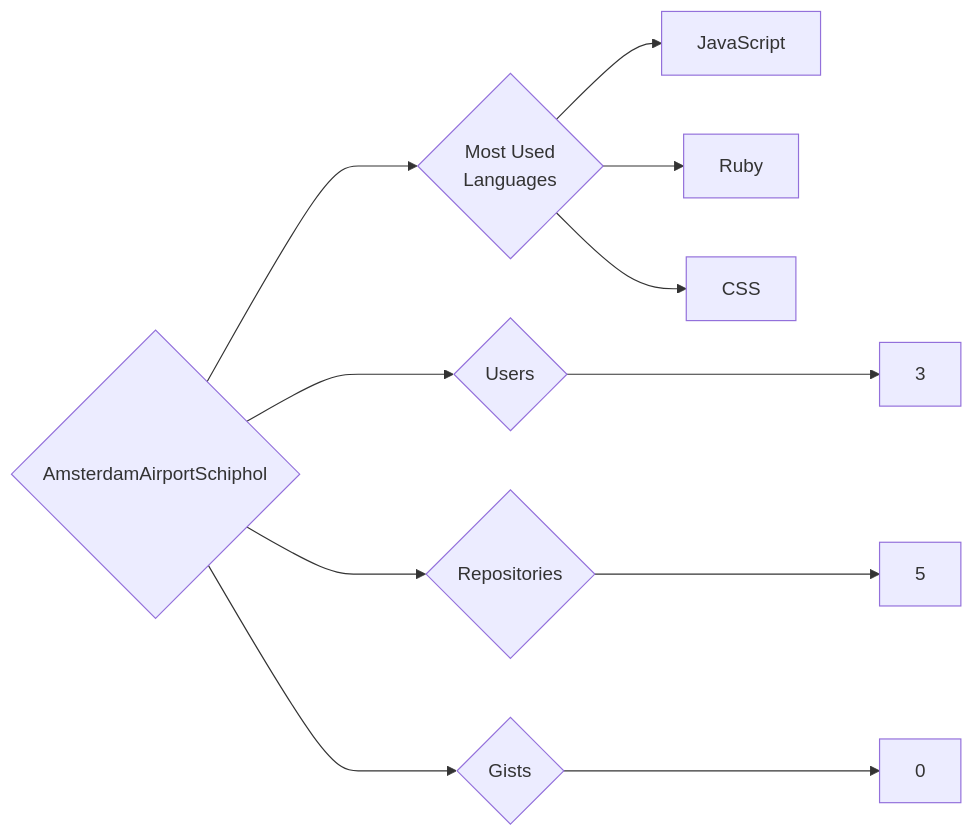
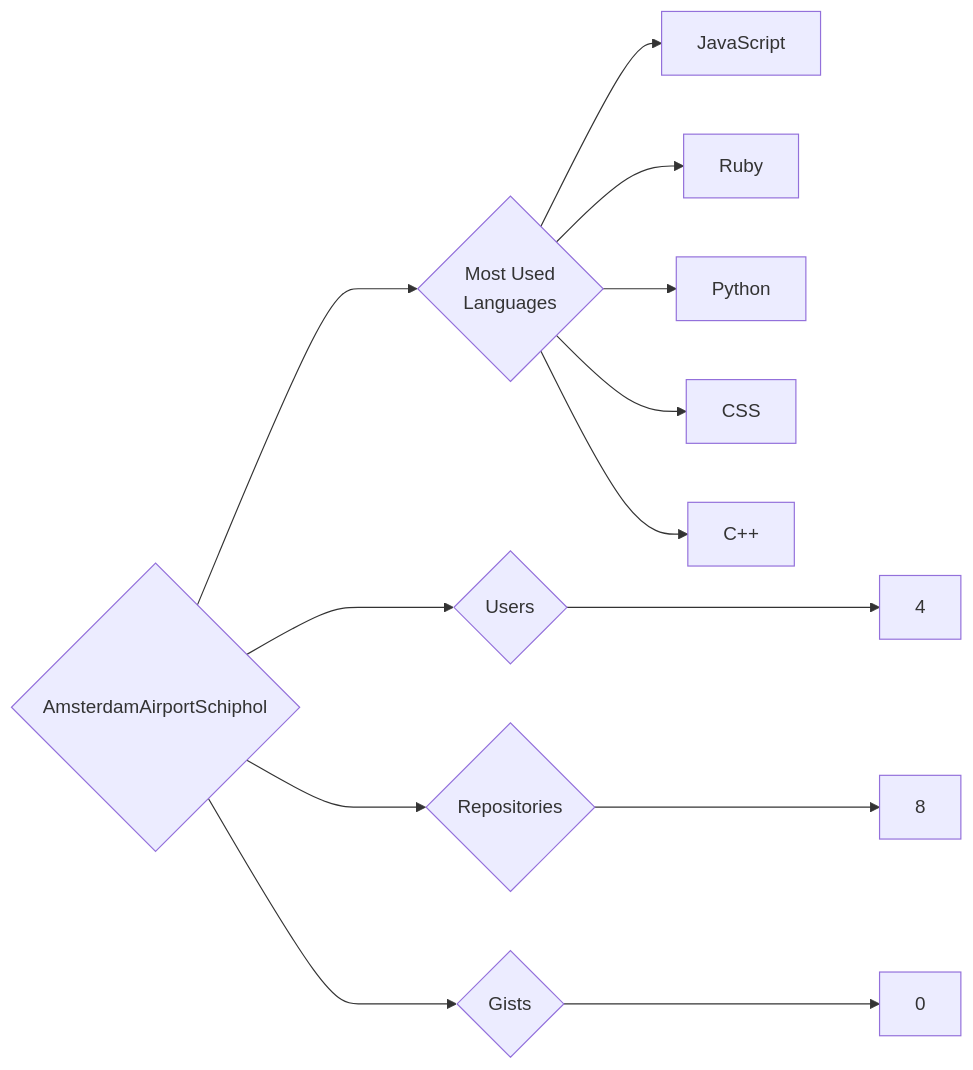
Before and after one commit to trickest/insiders: the diagram in targets/AmsterdamAirportSchiphol/README.md, drawn with Mermaid. The commit also changed 859 other files, not shown here.

````diff
--- a/targets/AmsterdamAirportSchiphol/README.md
+++ b/targets/AmsterdamAirportSchiphol/README.md
@@ -3,11 +3,13 @@
 ```mermaid
 graph LR
 COMPANY_NAME{AmsterdamAirportSchiphol}
-COMPANY_NAME ---> U{Users} ---> UN[3]
-COMPANY_NAME ---> R{Repositories} ---> RN[5]
+COMPANY_NAME ---> U{Users} ---> UN[4]
+COMPANY_NAME ---> R{Repositories} ---> RN[8]
 COMPANY_NAME ---> G{Gists} ---> GN[0]
 COMPANY_NAME ---> ML{Most Used<br>Languages}
 ML --> JavaScript[JavaScript]
 ML --> Ruby[Ruby]
+ML --> Python[Python]
 ML --> CSS[CSS]
+ML --> C++[C++]
 ```
````
